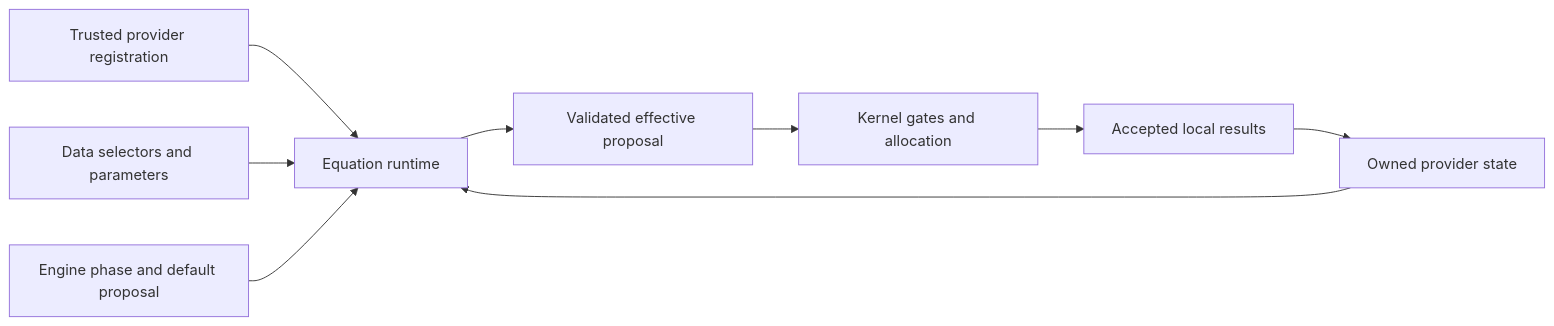
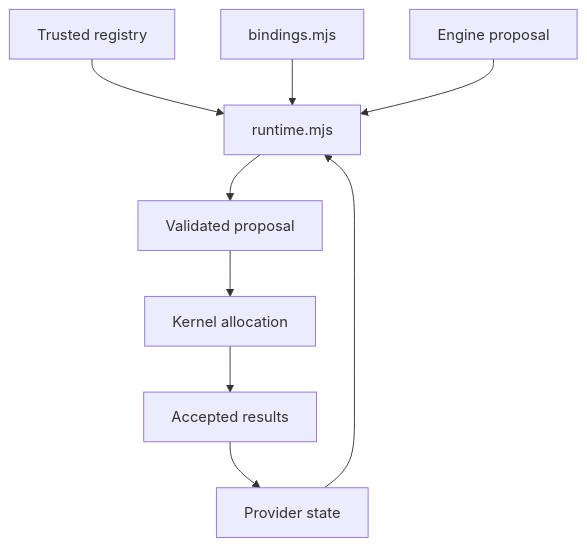
Before and after one commit to Valpatel/cad-agent: the diagram in software/cadagent/webkit/scada/sim/src/equations/README.md, drawn with Mermaid. The commit also changed 27 other files, not shown here.

````diff
--- a/software/cadagent/webkit/scada/sim/src/equations/README.md
+++ b/software/cadagent/webkit/scada/sim/src/equations/README.md
@@ -22,11 +22,11 @@
 ```mermaid
-flowchart LR
-  Registry[Trusted provider registration] --> Runtime[Equation runtime]
-  Bindings[Data selectors and parameters] --> Runtime
-  Engine[Engine phase and default proposal] --> Runtime
-  Runtime --> Proposal[Validated effective proposal]
-  Proposal --> Kernel[Kernel gates and allocation]
-  Kernel --> Advance[Accepted local results]
-  Advance --> State[Owned provider state]
+flowchart TD
+  Registry["Trusted registry"] --> Runtime["runtime.mjs"]
+  Bindings["bindings.mjs"] --> Runtime
+  Engine["Engine proposal"] --> Runtime
+  Runtime --> Proposal["Validated proposal"]
+  Proposal --> Kernel["Kernel allocation"]
+  Kernel --> Advance["Accepted results"]
+  Advance --> State["Provider state"]
   State --> Runtime
 ```
````
